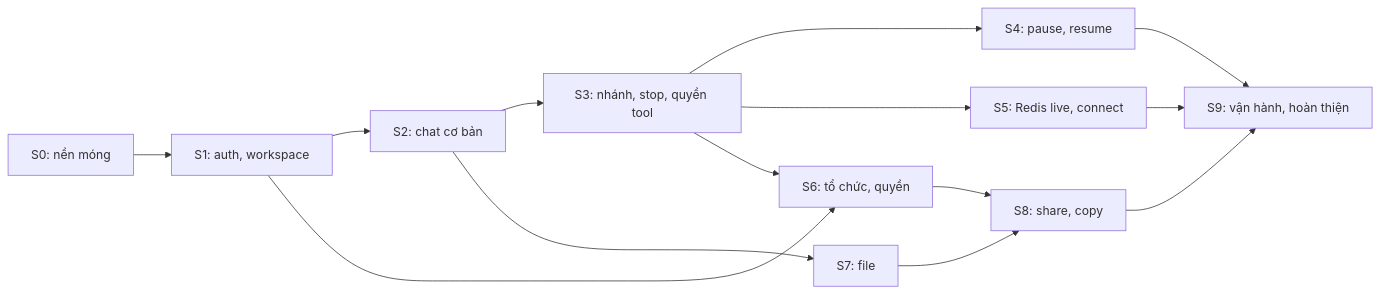
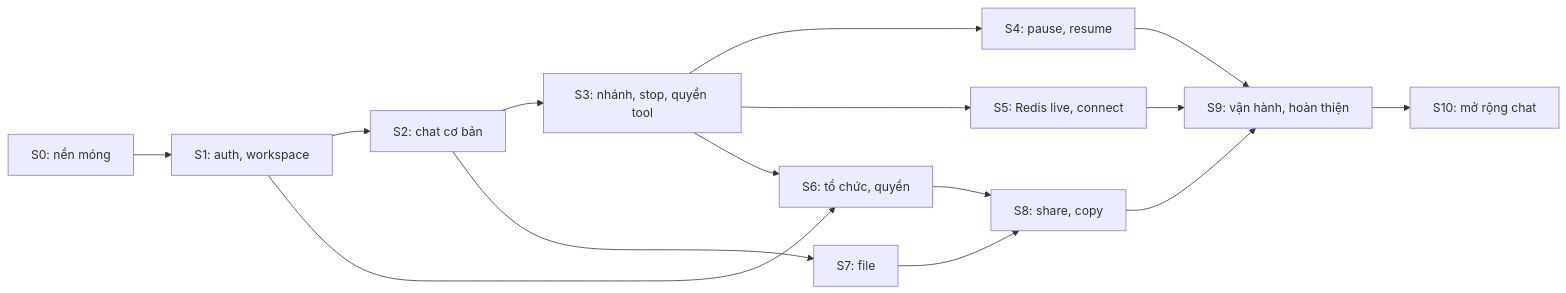
One commit to Lam-Hung-ai/full_stack_ai_agent changed the diagram in docs/chat_development/ke-hoach-sprint.md. Above: the diagram before and after it, drawn with Mermaid. The commit also changed other lines of this file and 4 other files, not shown here.

````diff
--- a/docs/chat_development/ke-hoach-sprint.md
+++ b/docs/chat_development/ke-hoach-sprint.md
@@ -33,16 +34,17 @@
 ```mermaid
 flowchart LR
     S0["S0: nền móng"] --> S1["S1: auth, workspace"]
     S1 --> S2["S2: chat cơ bản"]
     S2 --> S3["S3: nhánh, stop, quyền tool"]
     S3 --> S4["S4: pause, resume"]
     S3 --> S5["S5: Redis live, connect"]
     S1 --> S6["S6: tổ chức, quyền"]
     S3 --> S6
     S2 --> S7["S7: file"]
     S7 --> S8["S8: share, copy"]
     S6 --> S8
     S4 --> S9["S9: vận hành, hoàn thiện"]
     S5 --> S9
     S8 --> S9
+    S9 --> S10["S10: mở rộng chat"]
 ```
````
